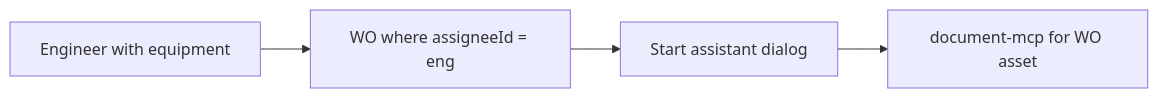
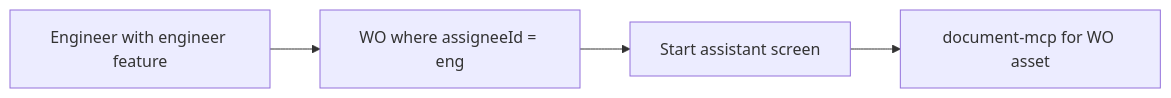
One commit to AntonButov/masterdoc changed the first of 3 diagrams in docs/plans/2026-07-28-001-feat-wo-assistant-core-plan.md. Above: the diagram before and after it, drawn with Mermaid. The commit also changed other lines of this file and 1 other file, not shown here.

First line of the commit message:
docs: scope-align engineer feature and mentor full screen

````diff
--- a/docs/plans/2026-07-28-001-feat-wo-assistant-core-plan.md
+++ b/docs/plans/2026-07-28-001-feat-wo-assistant-core-plan.md
@@ -91,8 +91,8 @@
 ```mermaid
 flowchart LR
-  eng[Engineer with equipment]
+  eng[Engineer with engineer feature]
   wo[WO where assigneeId = eng]
-  btn[Start assistant dialog]
+  btn[Start assistant screen]
   mcp[document-mcp for WO asset]
   eng --> wo --> btn --> mcp
 ```
````
